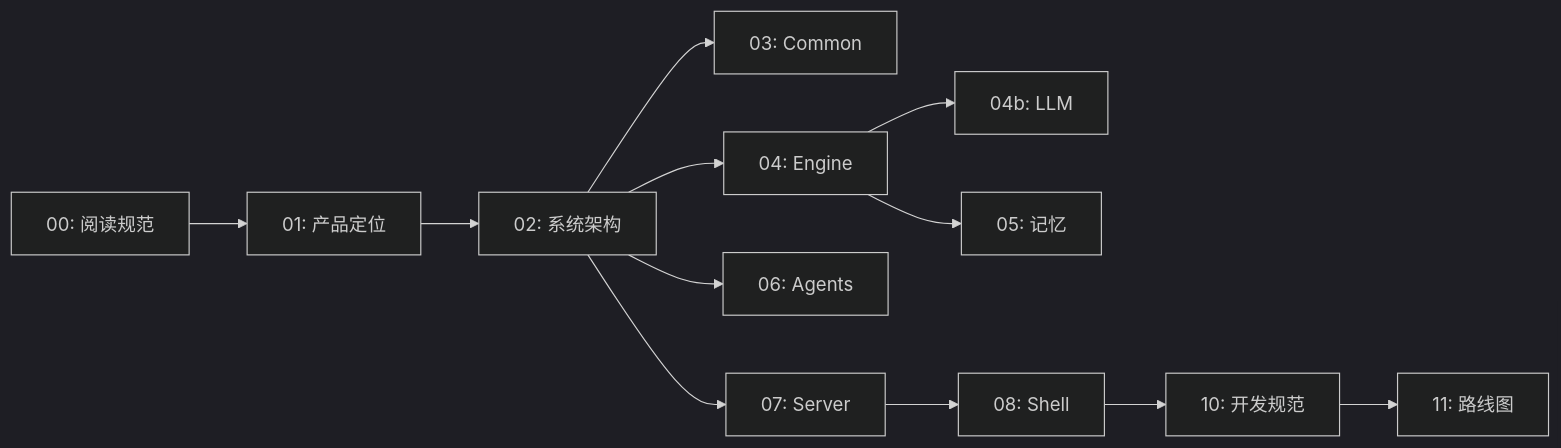
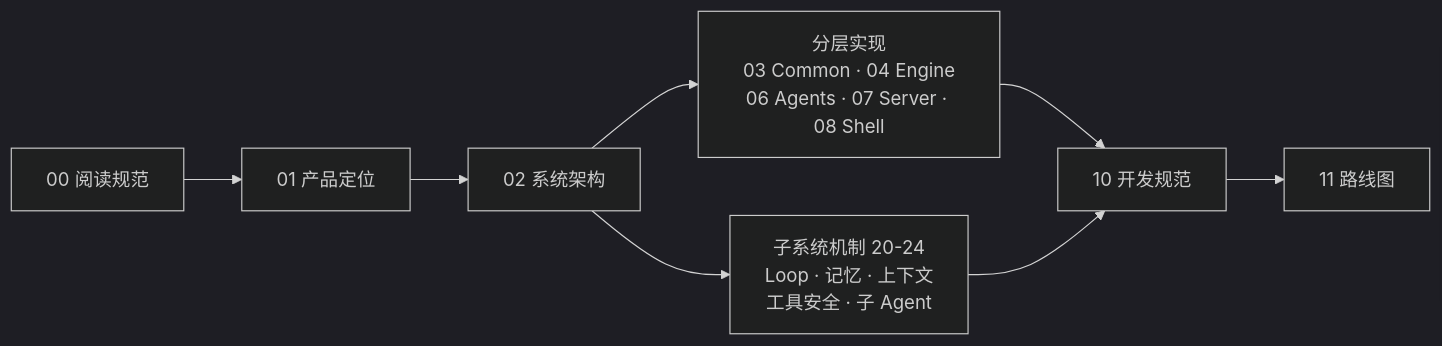
One commit to zyt2000123/openSmith changed the diagram in docs/README.md. Above: the diagram before and after it, drawn with Mermaid (dark theme). The commit also changed other lines of this file and 18 other files, not shown here.

````diff
--- a/docs/README.md
+++ b/docs/README.md
@@ -9,14 +9,10 @@
 ```mermaid
 graph LR
-    G[00: 阅读规范] --> P[01: 产品定位]
-    P --> A[02: 系统架构]
-    A --> C[03: Common]
-    A --> E[04: Engine]
-    E --> L[04b: LLM]
-    E --> M[05: 记忆]
-    A --> N[06: Agents]
-    A --> S[07: Server]
-    S --> H[08: Shell]
-    H --> D[10: 开发规范]
-    D --> R[11: 路线图]
+    G["00 阅读规范"] --> P["01 产品定位"]
+    P --> A["02 系统架构"]
+    A --> Layer["分层实现<br/>03 Common · 04 Engine<br/>06 Agents · 07 Server · 08 Shell"]
+    A --> Sub["子系统机制 20-24<br/>Loop · 记忆 · 上下文<br/>工具安全 · 子 Agent"]
+    Layer --> D["10 开发规范"]
+    Sub --> D
+    D --> R["11 路线图"]
 ```
````
